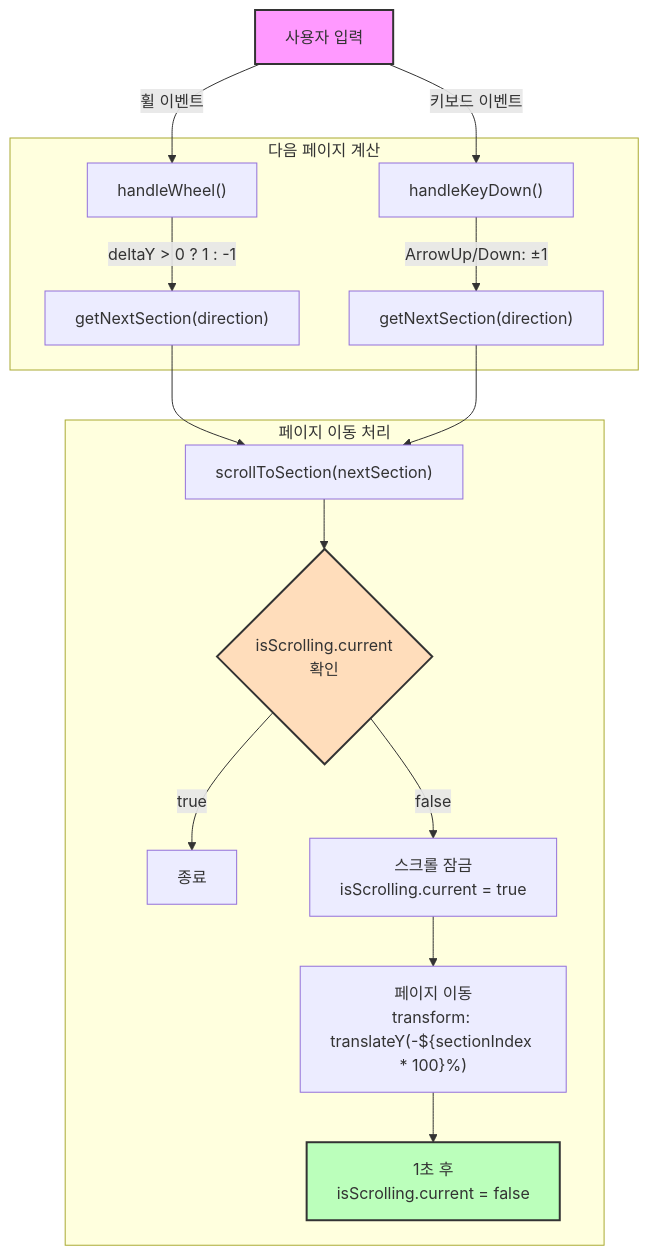
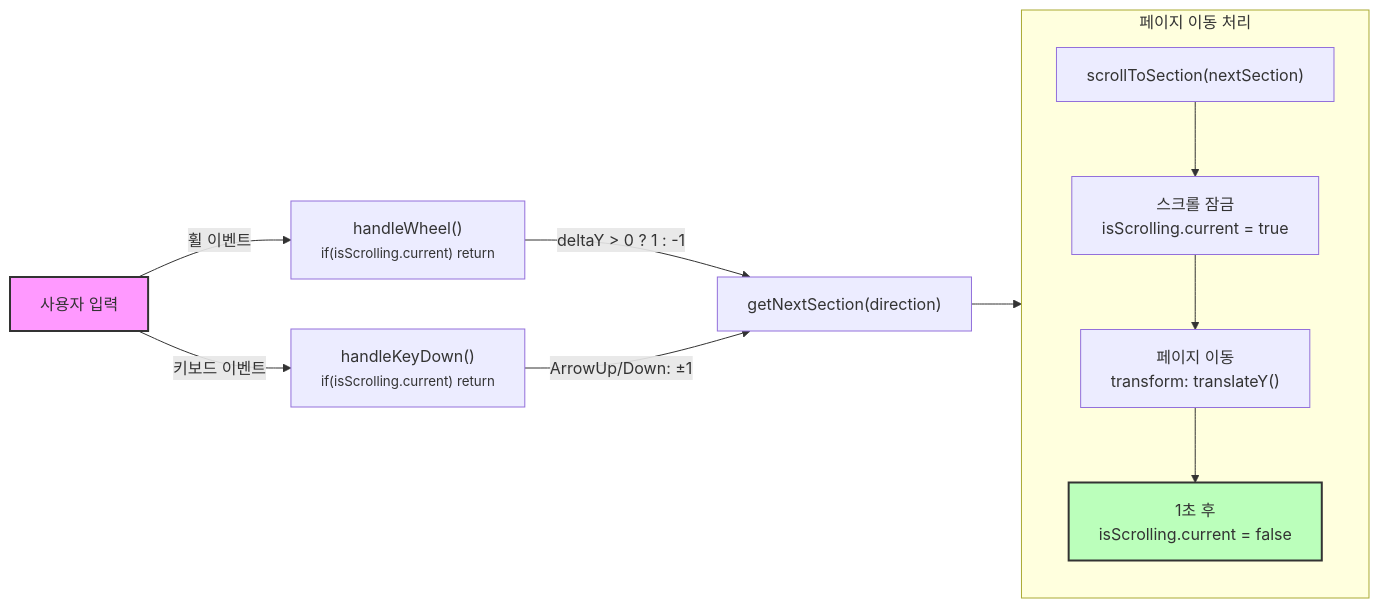
One commit to scorchedrice/scorchedrice.github.io changed the diagram in _posts/project/react/profile/2024-12-23-profile-1.md. Above: the diagram before and after it, drawn with Mermaid.

Commit message:
update flow chart (fullpage)

````diff
--- a/_posts/project/react/profile/2024-12-23-profile-1.md
+++ b/_posts/project/react/profile/2024-12-23-profile-1.md
@@ -134,26 +134,22 @@
 ```mermaid
-  flowchart TD
-      Input["사용자 입력"]
-      Input --> |휠 이벤트| HW["handleWheel()"]
-      Input --> |키보드 이벤트| HK["handleKeyDown()"]
-  
-      subgraph "다음 페이지 계산"
-          HW --> |deltaY > 0 ? 1 : -1| GN1["getNextSection(direction)"]
-          HK --> |ArrowUp/Down: ±1| GN2["getNextSection(direction)"]
-      end
-  
-      GN1 --> STS["scrollToSection(nextSection)"]
-      GN2 --> STS
-  
-      subgraph "페이지 이동 처리"
-          STS --> Check{"isScrolling.current<br/>확인"}
-          Check --> |true| End["종료"]
-          Check --> |false| Lock["스크롤 잠금<br/>isScrolling.current = true"]
-          Lock --> Move["페이지 이동<br/>transform: translateY(-${sectionIndex * 100}%)"]
-          Move --> Timer["1초 후<br/>isScrolling.current = false"]
-      end
-  
-      style Input fill:#f9f,stroke:#333,stroke-width:2px
-      style Check fill:#fdb,stroke:#333,stroke-width:2px
-      style Timer fill:#bfb,stroke:#333,stroke-width:2px
+flowchart LR
+  Input["사용자 입력"]
+  Input --> |휠 이벤트| HW["handleWheel()<br/><small>if(isScrolling.current) return</small>"]
+  Input --> |키보드 이벤트| HK["handleKeyDown()<br/><small>if(isScrolling.current) return</small>"]
+
+  HW --> |deltaY > 0 ? 1 : -1| GN["getNextSection(direction)"]
+  HK --> |ArrowUp/Down: ±1| GN
+
+  GN --> Move
+
+subgraph Move[페이지 이동 처리]
+direction TB
+Step1["scrollToSection(nextSection)"] --> 
+        Step2["스크롤 잠금<br/>isScrolling.current = true"] -->
+Step3["페이지 이동<br/>transform: translateY()"] -->
+Step4["1초 후<br/>isScrolling.current = false"]
+end
+
+style Input fill:#f9f,stroke:#333,stroke-width:2px
+style Step4 fill:#bfb,stroke:#333,stroke-width:2px
 ```
````
